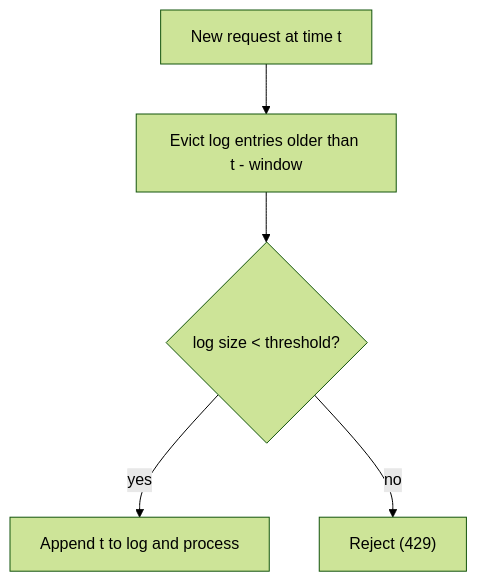
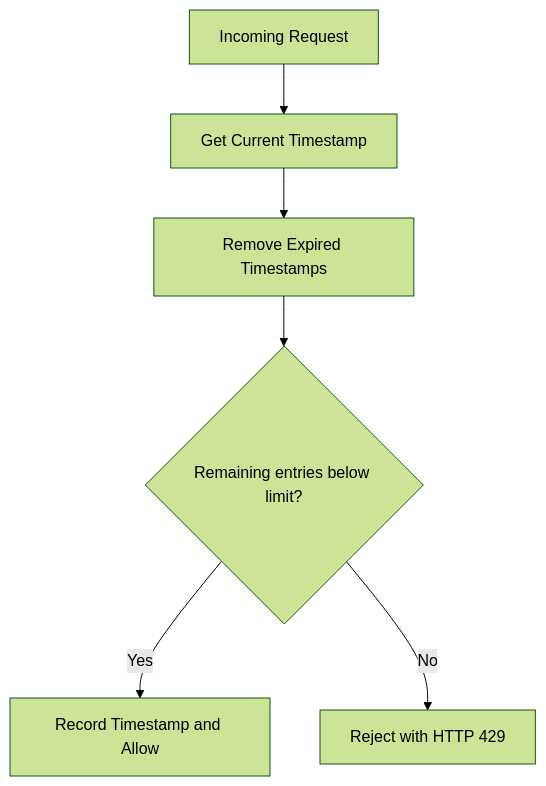
The seventh of 9 diagrams in 12_Rate_limiting/README.md (HARRISAMIN432/system-design-hld), drawn with Mermaid (forest theme) before and after one commit. The commit also changed other lines of this file and 11 other files, not shown here.

````diff
--- a/12_Rate_limiting/README.md
+++ b/12_Rate_limiting/README.md
@@ -271,7 +834,9 @@
 ```mermaid
 flowchart TD
-    R["New request at time t"] --> E["Evict log entries older than t - window"]
-    E --> C{"log size < threshold?"}
-    C -- "yes" --> A["Append t to log and process"]
-    C -- "no" --> X["Reject (429)"]
+    R["Incoming Request"] --> T["Get Current Timestamp"]
+    T --> E["Remove Expired Timestamps"]
+    E --> C{"Remaining entries below limit?"}
+
+    C -->|"Yes"| A["Record Timestamp and Allow"]
+    C -->|"No"| X["Reject with HTTP 429"]
 ```
````
